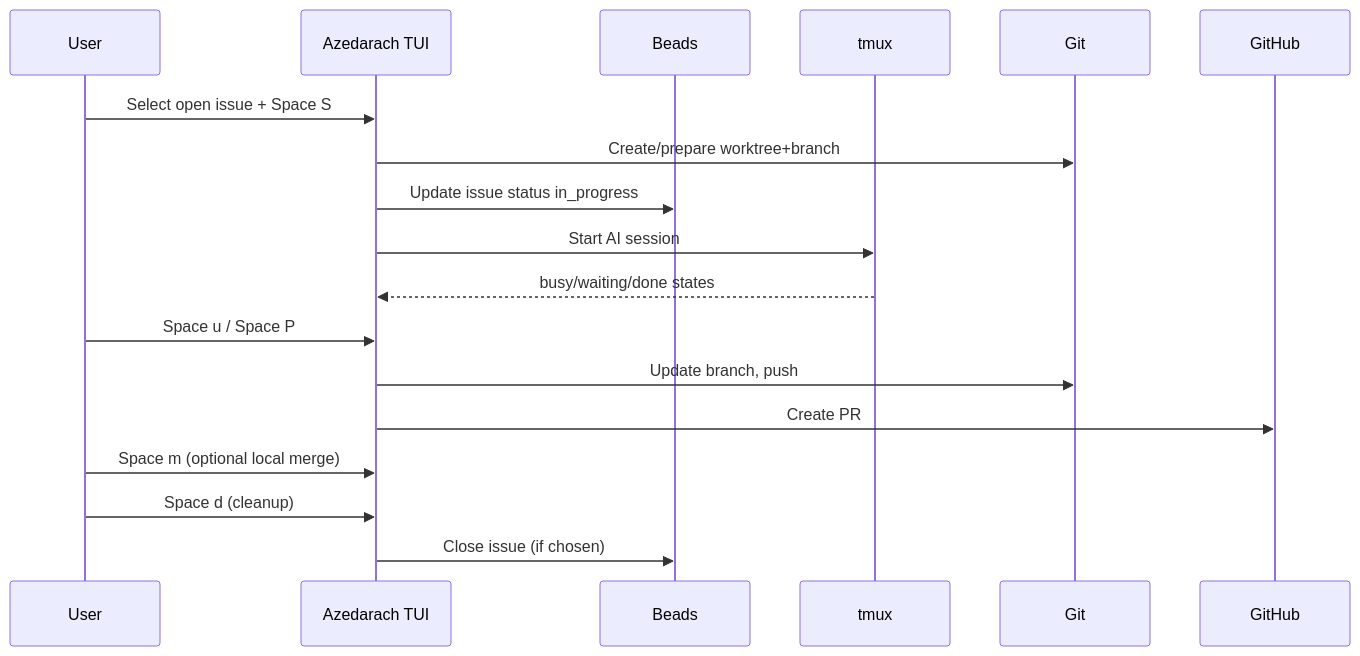
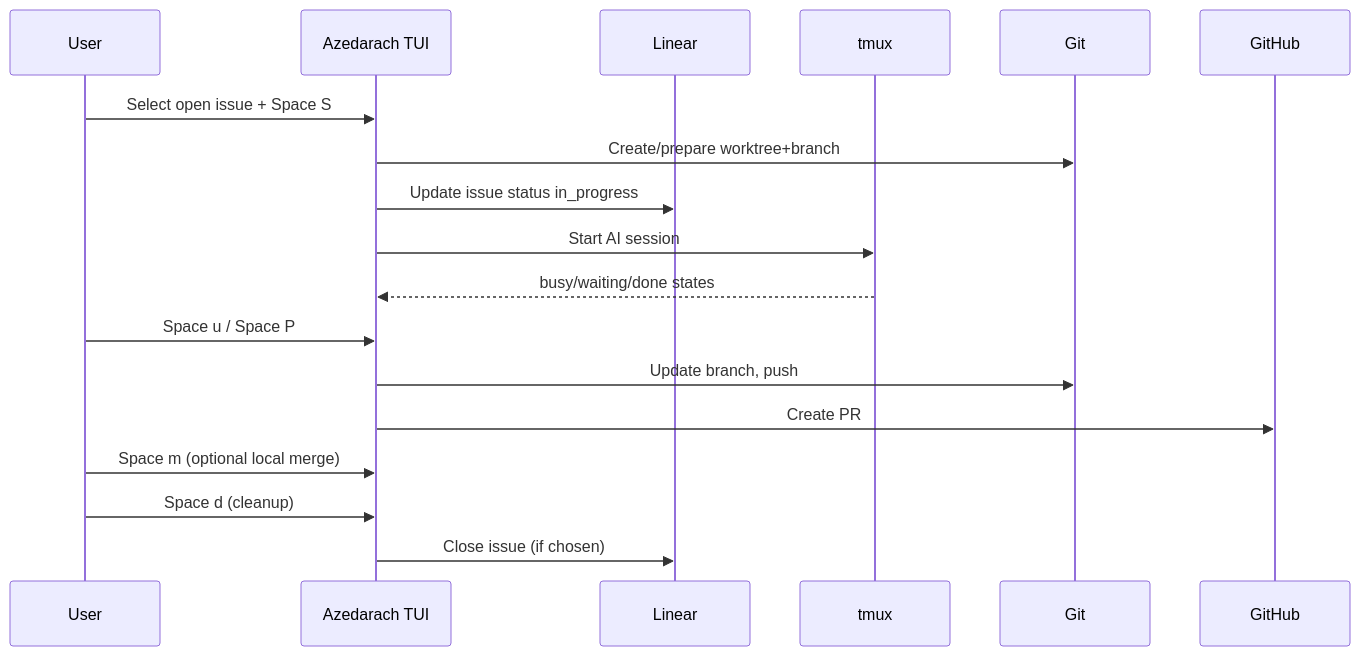
Before and after one commit to riordanpawley/azedarach: the diagram in docs/spec/03-workflow-spec.md, drawn with Mermaid. The commit also changed other lines of this file and 39 other files, not shown here.

````diff
--- a/docs/spec/03-workflow-spec.md
+++ b/docs/spec/03-workflow-spec.md
@@ -422,21 +422,21 @@
 ```mermaid
 sequenceDiagram
   participant U as User
   participant AZ as Azedarach TUI
-  participant BD as Beads
+  participant BD as Linear
   participant TM as tmux
   participant G as Git
   participant GH as GitHub
 
   U->>AZ: Select open issue + Space S
   AZ->>G: Create/prepare worktree+branch
   AZ->>BD: Update issue status in_progress
   AZ->>TM: Start AI session
   TM-->>AZ: busy/waiting/done states
   U->>AZ: Space u / Space P
   AZ->>G: Update branch, push
   AZ->>GH: Create PR
   U->>AZ: Space m (optional local merge)
   U->>AZ: Space d (cleanup)
   AZ->>BD: Close issue (if chosen)
 ```
````
